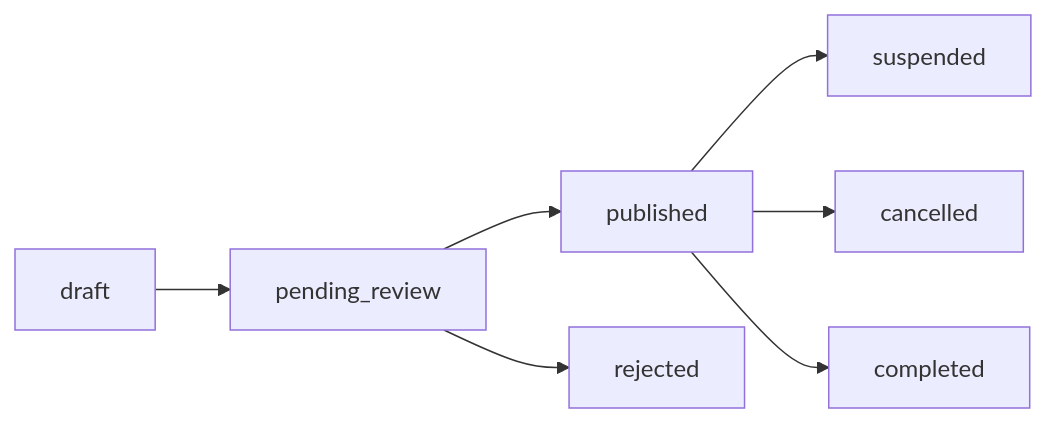
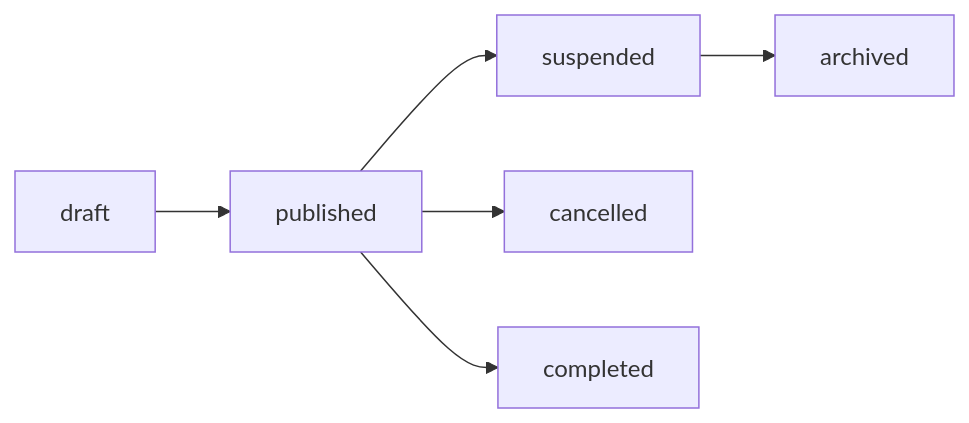
Before and after one commit to manocchio91/movi.github.io: the first of 2 diagrams in docs/domain-model.md, drawn with Mermaid. The commit also changed other lines of this file and 30 other files, not shown here.

````diff
--- a/docs/domain-model.md
+++ b/docs/domain-model.md
@@ -19,9 +21,8 @@
 ```mermaid
 flowchart LR
-  Draft[draft] --> Pending[pending_review]
-  Pending --> Published[published]
-  Pending --> Rejected[rejected]
+  Draft[draft] --> Published[published]
   Published --> Suspended[suspended]
   Published --> Cancelled[cancelled]
   Published --> Completed[completed]
+  Suspended --> Archived[archived]
 ```
````
